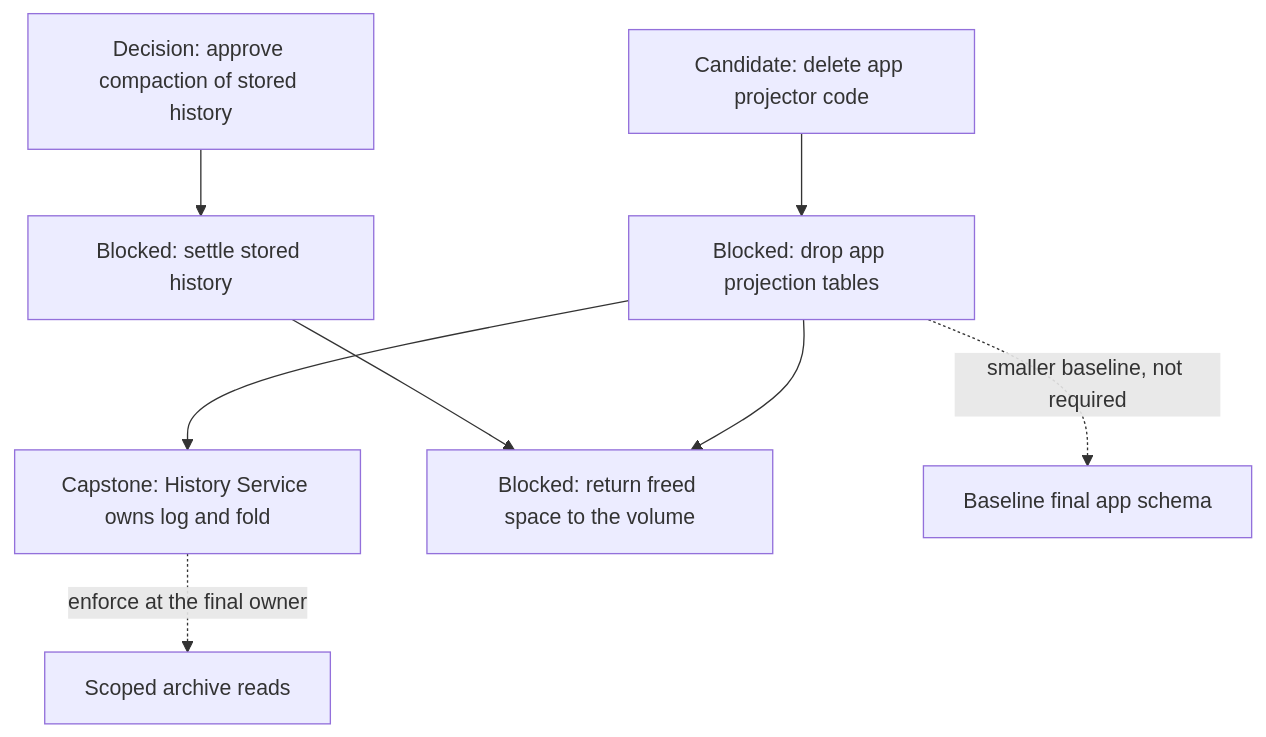
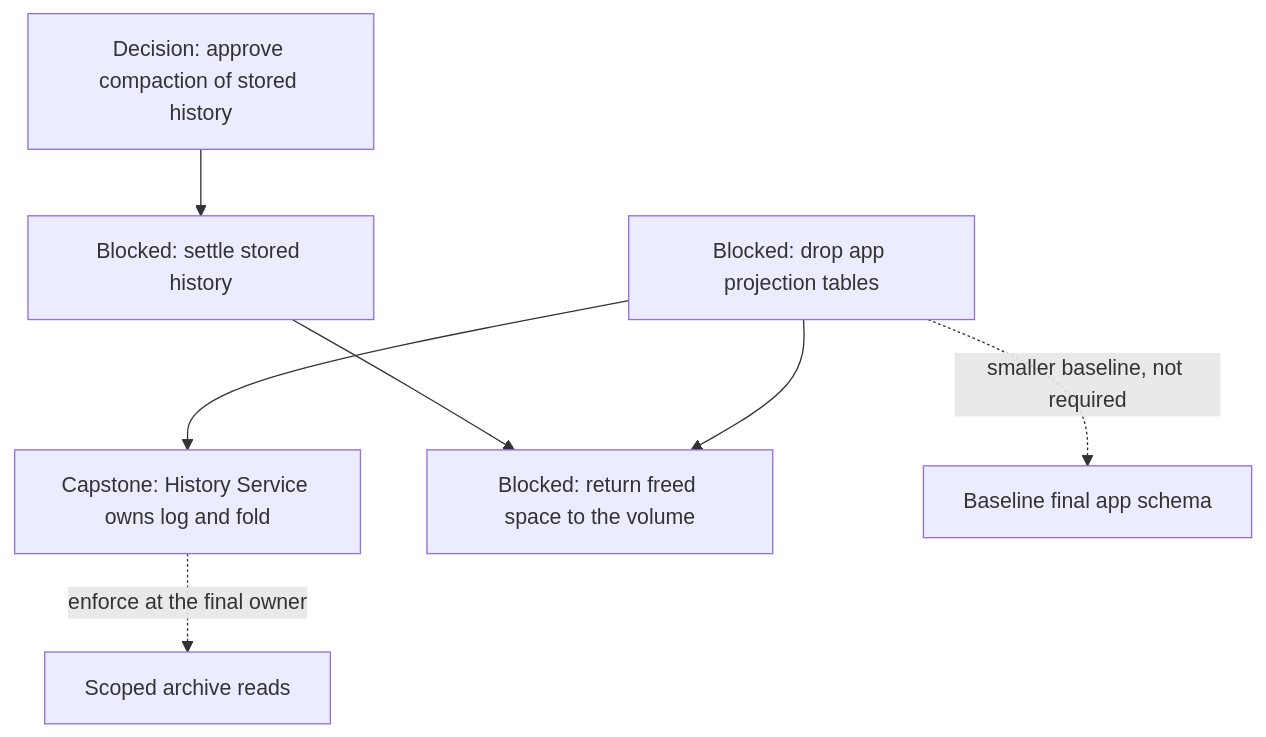
One commit to agentydragon/ducktape changed the eighth of 13 diagrams in agentplane/plans/task_dag.md. Above: the diagram before and after it, drawn with Mermaid. The commit also changed other lines of this file and 77 other files, not shown here.

First line of the commit message:
agentplane/app: read Threads only from the History Service; delete the app projector

````diff
--- a/agentplane/plans/task_dag.md
+++ b/agentplane/plans/task_dag.md
@@ -572,18 +572,16 @@
 ```mermaid
 flowchart TD
-    APP_PROJECTOR_RETIRE[Candidate: delete app projector code]
     APP_PROJECTION_RETIRE[Blocked: drop app projection tables]
     HISTORY_SERVICE_OWNERSHIP[Capstone: History Service owns log and fold]
     SESSION_EVENT_COMPACTION_PLAN[Decision: approve compaction of stored history]
     SESSION_EVENT_COMPACTION[Blocked: settle stored history]
     HISTORY_REPACK[Blocked: return freed space to the volume]
     APP_ALEMBIC_SQUASH[Baseline final app schema]
     THREAD_READ_POLICY[Scoped archive reads]
-    APP_PROJECTOR_RETIRE --> APP_PROJECTION_RETIRE
     APP_PROJECTION_RETIRE --> HISTORY_SERVICE_OWNERSHIP
     SESSION_EVENT_COMPACTION_PLAN --> SESSION_EVENT_COMPACTION
     SESSION_EVENT_COMPACTION --> HISTORY_REPACK
     APP_PROJECTION_RETIRE --> HISTORY_REPACK
     APP_PROJECTION_RETIRE -. smaller baseline, not required .-> APP_ALEMBIC_SQUASH
     HISTORY_SERVICE_OWNERSHIP -. enforce at the final owner .-> THREAD_READ_POLICY
 ```
````
